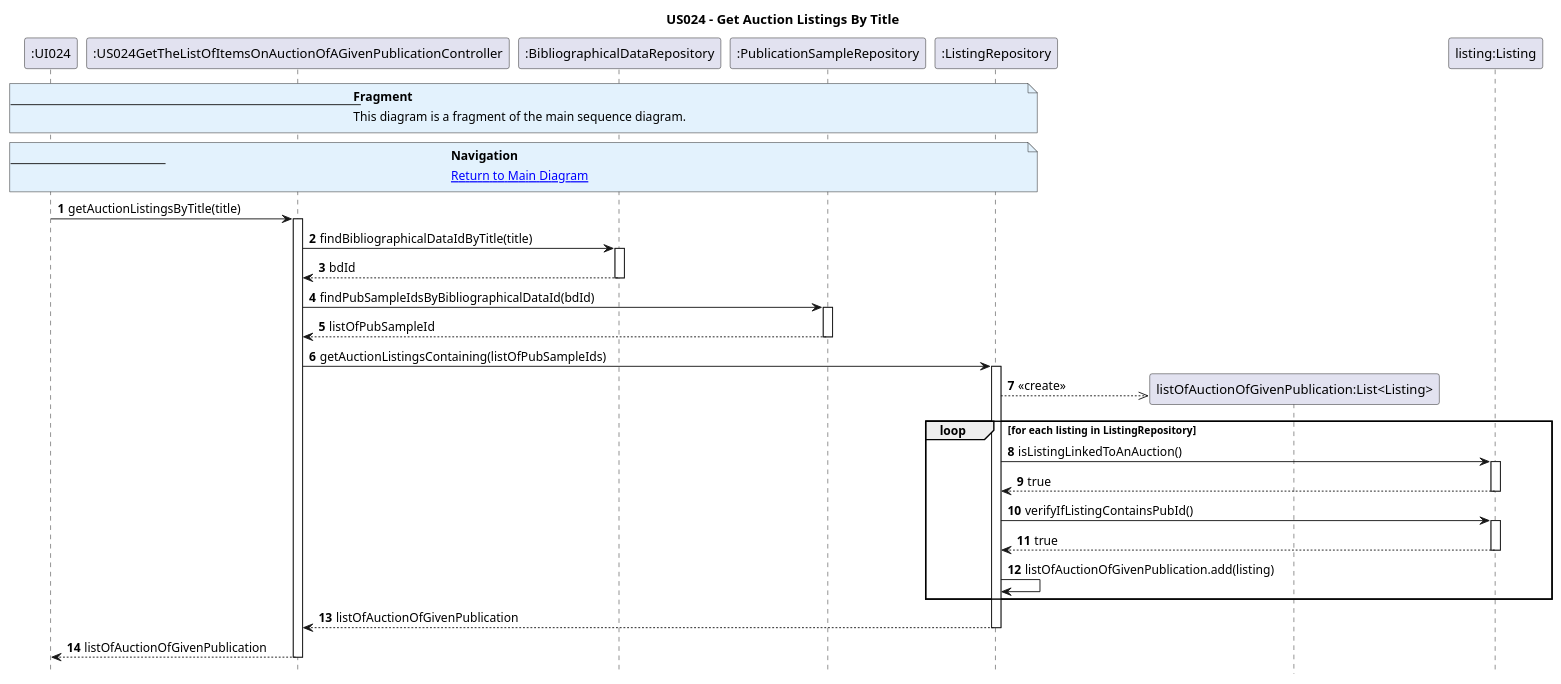
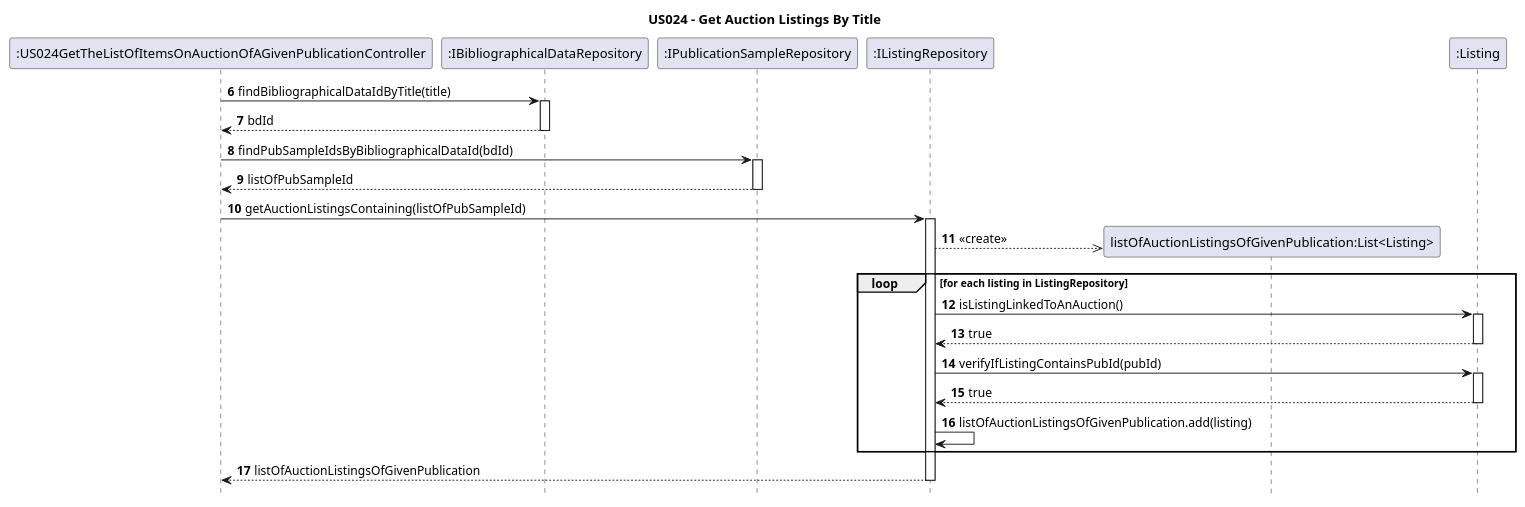
Before and after one commit to AndrePereiraGitH/SWitCH-Project-Team_A: the diagram in Diagrams/SequenceDiagrams/N2/US024_Get_List_Of_Items_Auction_Of_Given_Publication/3. GetAuctionListingsByTitle.puml, drawn with PlantUML. The commit also changed 6 other files, not shown here.

```diff
--- a/Diagrams/SequenceDiagrams/N2/US024_Get_List_Of_Items_Auction_Of_Given_Publication/3. GetAuctionListingsByTitle.puml
+++ b/Diagrams/SequenceDiagrams/N2/US024_Get_List_Of_Items_Auction_Of_Given_Publication/3. GetAuctionListingsByTitle.puml
@@ -1,63 +1,43 @@
 @startuml
 hide footbox
-autonumber
-
+autonumber 6
 title US024 - Get Auction Listings By Title
 
-participant ":UI024" as UI
 participant ":US024GetTheListOfItemsOnAuctionOfAGivenPublicationController" as Ctrl
-participant ":BibliographicalDataRepository" as bdRepo
-participant ":PublicationSampleRepository" as pubSampleRepo
-participant ":ListingRepository" as listingRepo
-participant "listOfAuctionOfGivenPublication:List<Listing>" as aucListing
-participant "listing:Listing" as listing
-
-note over UI, listingRepo #E3F2FD
-<b>Fragment</b>
----
-This diagram is a fragment of the main sequence diagram.
-end note
-
-note over UI, listingRepo #E3F2FD
-<b>Navigation</b>
----
-[[1.MainDiagram.puml Return to Main Diagram]]
-end note
-
-UI -> Ctrl : getAuctionListingsByTitle(title)
-activate Ctrl
+participant ":IBibliographicalDataRepository" as bdRepo
+participant ":IPublicationSampleRepository" as pubSampleRepo
+participant ":IListingRepository" as listingRepo
+participant "listOfAuctionListingsOfGivenPublication:List<Listing>" as aucListing
+participant ":Listing" as listing
 
 Ctrl -> bdRepo: findBibliographicalDataIdByTitle(title)
 activate bdRepo
 bdRepo --> Ctrl: bdId
 deactivate bdRepo
 
 Ctrl -> pubSampleRepo: findPubSampleIdsByBibliographicalDataId(bdId)
 activate pubSampleRepo
 pubSampleRepo --> Ctrl: listOfPubSampleId
 deactivate pubSampleRepo
 
-Ctrl -> listingRepo : getAuctionListingsContaining(listOfPubSampleIds)
+Ctrl -> listingRepo: getAuctionListingsContaining(listOfPubSampleId)
 activate listingRepo
 
-listingRepo -->> aucListing ** : <<create>>
+listingRepo -->> aucListing **: <<create>>
 
 loop for each listing in ListingRepository
     listingRepo -> listing: isListingLinkedToAnAuction()
     activate listing
     listing --> listingRepo: true
     deactivate listing
-    listingRepo -> listing: verifyIfListingContainsPubId()
+    listingRepo -> listing: verifyIfListingContainsPubId(pubId)
     activate listing
     listing --> listingRepo: true
     deactivate listing
-    listingRepo -> listingRepo: listOfAuctionOfGivenPublication.add(listing)
+    listingRepo -> listingRepo: listOfAuctionListingsOfGivenPublication.add(listing)
 end
 
-listingRepo --> Ctrl : listOfAuctionOfGivenPublication
+listingRepo --> Ctrl: listOfAuctionListingsOfGivenPublication
 deactivate listingRepo
 
-Ctrl --> UI : listOfAuctionOfGivenPublication
-deactivate Ctrl
-
 @enduml
```
